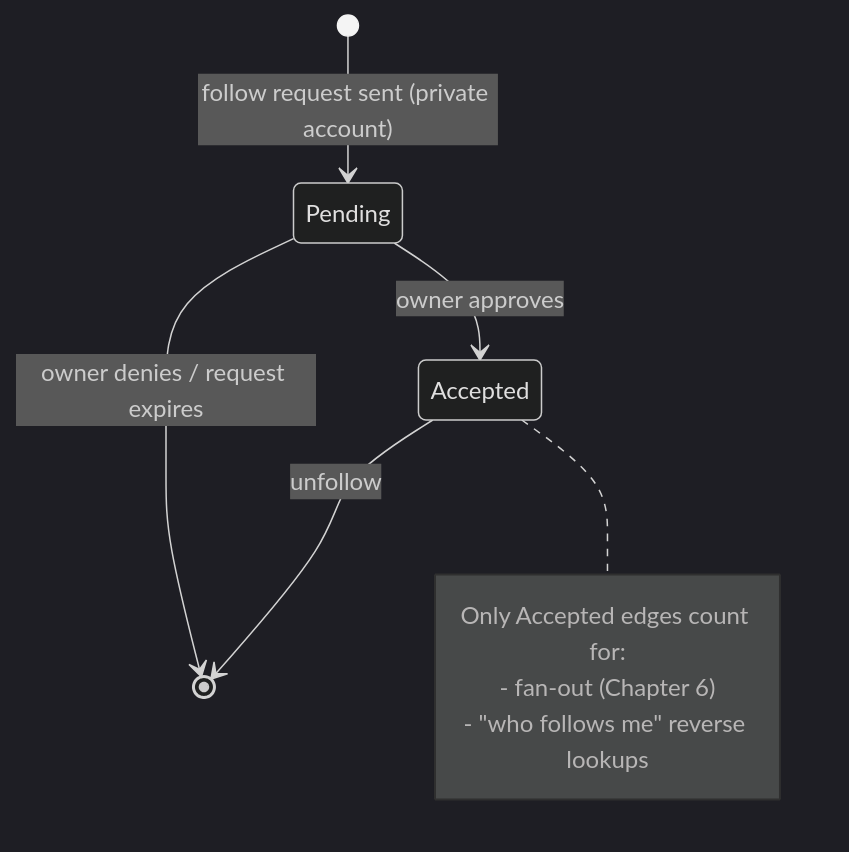
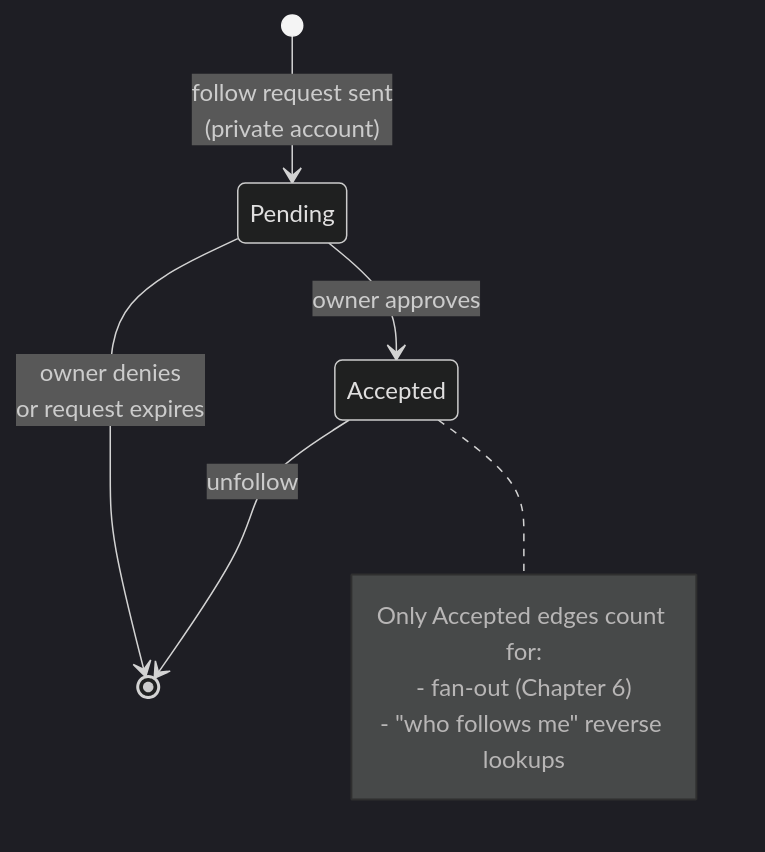
Before and after one commit to riyaz-pasha/Learnings: the fifth of 13 diagrams in system-design/HLD/0-course/33-Design-Instagram-FAANG-Guide-story.md, drawn with Mermaid (dark theme). The commit also changed other lines of this file and 5 other files, not shown here.

Commit message:
[REWRITE] Design Newsfeed story guide: simplify prose, add structure, fix diagrams

````diff
--- a/system-design/HLD/0-course/33-Design-Instagram-FAANG-Guide-story.md
+++ b/system-design/HLD/0-course/33-Design-Instagram-FAANG-Guide-story.md
@@ -132,12 +320,13 @@
 ```mermaid
 stateDiagram-v2
-    [*] --> Pending: follow request sent (private account)
+    [*] --> Pending: follow request sent<br/>(private account)
     Pending --> Accepted: owner approves
-    Pending --> [*]: owner denies / request expires
+    Pending --> [*]: owner denies<br/>or request expires
     Accepted --> [*]: unfollow
+
     note right of Accepted
         Only Accepted edges count for:
         - fan-out (Chapter 6)
         - "who follows me" reverse lookups
     end note
 ```
````
